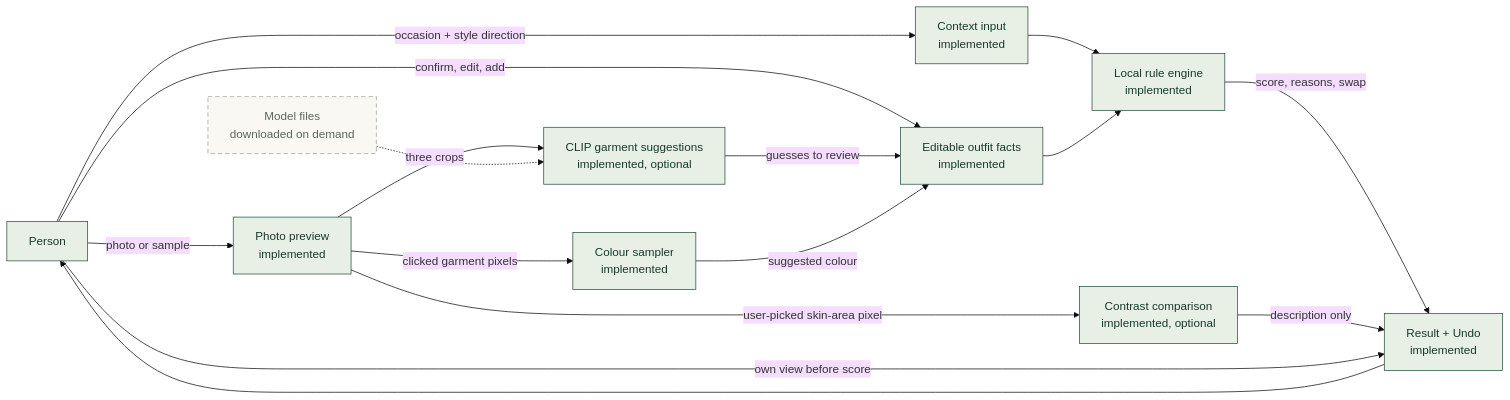
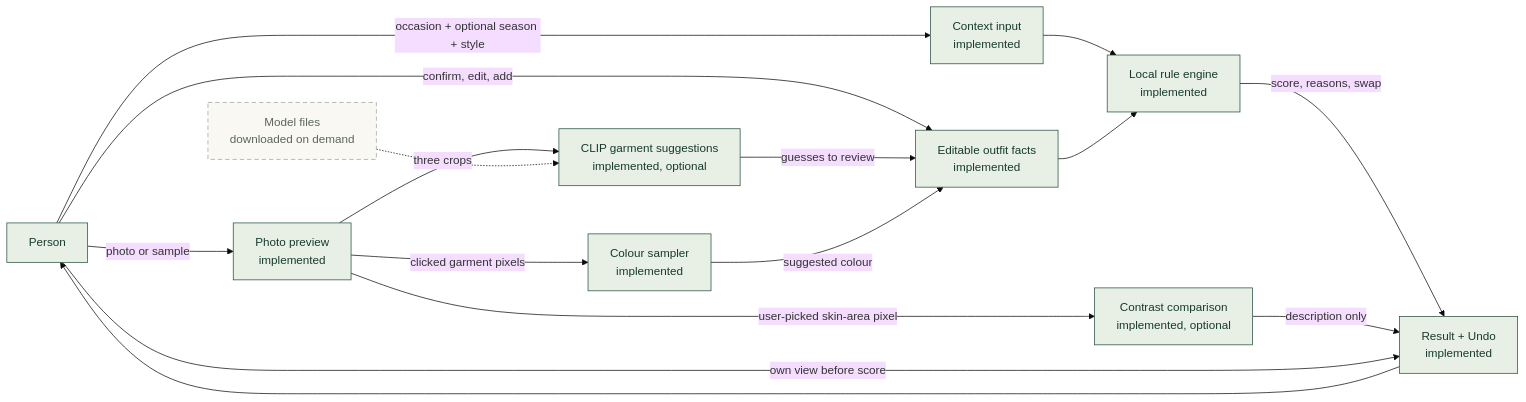
The diagram in docs/architecture.mmd (sasvatt11/outfit-considered-a2), drawn with Mermaid (base theme) before and after one commit. The commit also changed 11 other files, not shown here.

```diff
--- a/docs/architecture.mmd
+++ b/docs/architecture.mmd
@@ -1,21 +1,21 @@
 flowchart LR
     U[Person] -->|photo or sample| P[Photo preview<br/>implemented]
     P -->|three crops| V[CLIP garment suggestions<br/>implemented, optional]
     M[Model files<br/>downloaded on demand] -.-> V
     U -->|confirm, edit, add| E[Editable outfit facts<br/>implemented]
     V -->|guesses to review| E
     P -->|clicked garment pixels| C[Colour sampler<br/>implemented]
     C -->|suggested colour| E
-    U -->|occasion + style direction| X[Context input<br/>implemented]
+    U -->|occasion + optional season + style| X[Context input<br/>implemented]
     X --> R[Local rule engine<br/>implemented]
     E --> R
     R -->|score, reasons, swap| O[Result + Undo<br/>implemented]
     O --> U
     P -->|user-picked skin-area pixel| S[Contrast comparison<br/>implemented, optional]
     S -->|description only| O
     U -->|own view before score| O
 
     classDef built fill:#e8f0e5,stroke:#244e3f,color:#173a2d;
     classDef external fill:#faf8f2,stroke:#9aa69b,color:#5b665e,stroke-dasharray:6 4;
     class U,P,V,E,C,X,R,O,S built;
     class M external;
```
